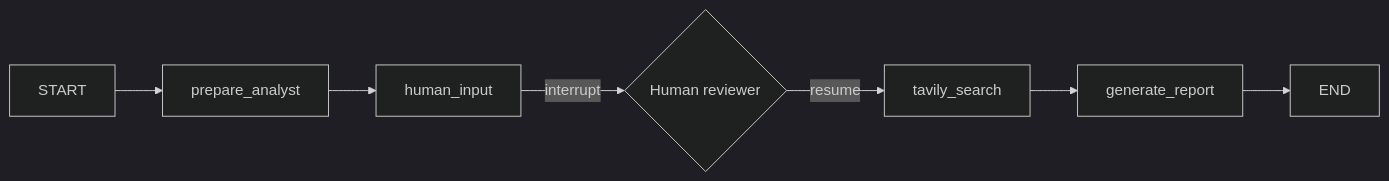
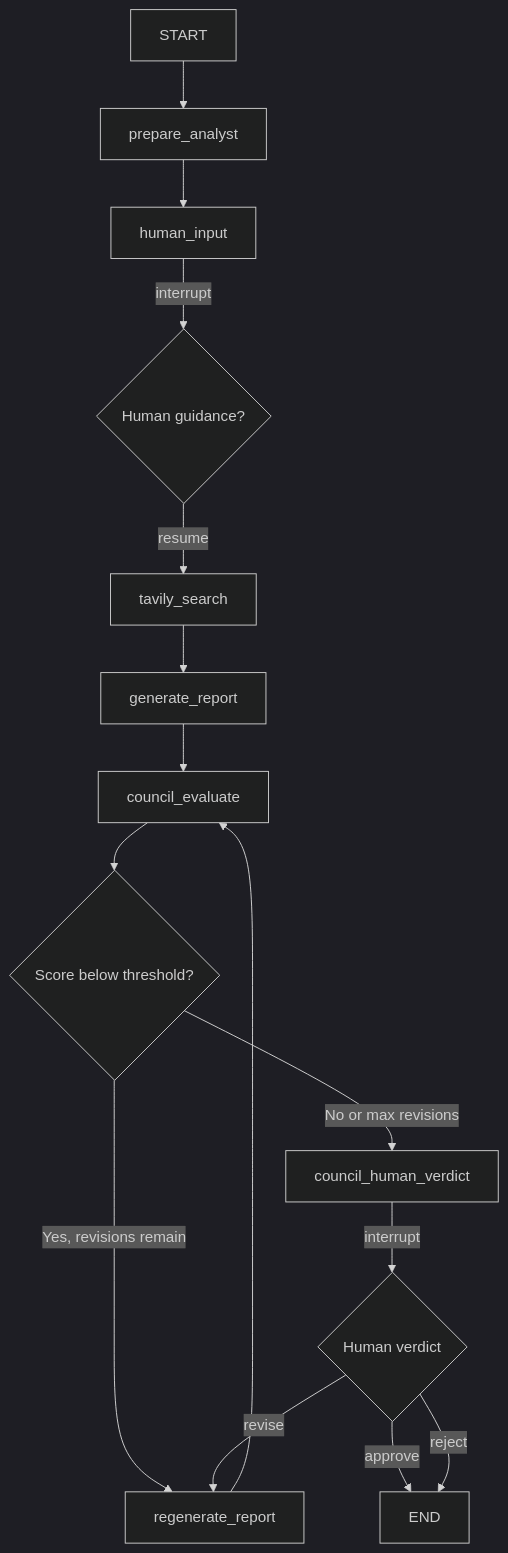
One commit to saumilvsheth/langgraph-research-assistant changed the diagram in README.md. Above: the diagram before and after it, drawn with Mermaid (dark theme). The commit also changed other lines of this file, not shown here.

First line of the commit message:
Document advanced model council flow in README.

````diff
--- a/README.md
+++ b/README.md
@@ -7,9 +7,17 @@
 ```mermaid
-flowchart LR
+flowchart TD
     A[START] --> B[prepare_analyst]
     B --> C[human_input]
-    C -->|interrupt| D{Human reviewer}
+    C -->|interrupt| D{Human guidance?}
     D -->|resume| E[tavily_search]
     E --> F[generate_report]
-    F --> G[END]
+    F --> G[council_evaluate]
+    G --> H{Score below threshold?}
+    H -->|Yes, revisions remain| I[regenerate_report]
+    I --> G
+    H -->|No or max revisions| J[council_human_verdict]
+    J -->|interrupt| K{Human verdict}
+    K -->|approve| L[END]
+    K -->|reject| L
+    K -->|revise| I
 ```
````
